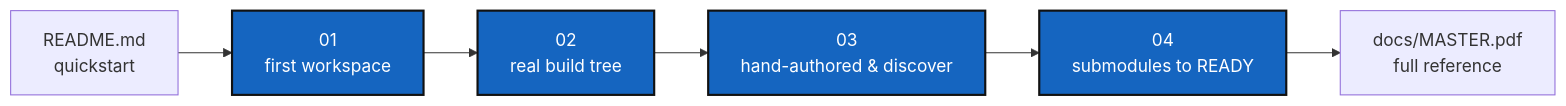
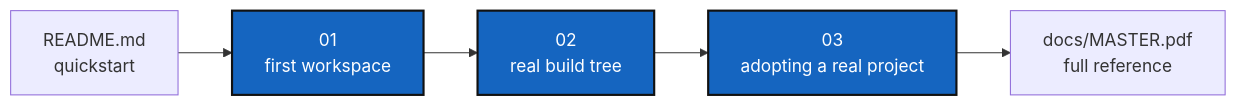
The diagram in tutorials/README.md (flipoyo/ComplexGitSync), drawn with Mermaid before and after one commit. The commit also changed other lines of this file and 17 other files, not shown here.

Commit message:
cgitsync2.26: update tutorial3 --> start from an existing real world project

````diff
--- a/tutorials/README.md
+++ b/tutorials/README.md
@@ -26,11 +25,10 @@
 ```mermaid
 graph LR
     README["README.md<br/>quickstart"] --> T1["01<br/>first workspace"]
     T1 --> T2["02<br/>real build tree"]
-    T2 --> T3["03<br/>hand-authored & discover"]
-    T3 --> T4["04<br/>submodules to READY"]
-    T4 --> REF["docs/MASTER.pdf<br/>full reference"]
+    T2 --> T3["03<br/>adopting a real project"]
+    T3 --> REF["docs/MASTER.pdf<br/>full reference"]
 
     classDef here fill:#1565C0,color:#fff,stroke:#111,stroke-width:2px;
-    class T1,T2,T3,T4 here;
+    class T1,T2,T3 here;
 ```
````
